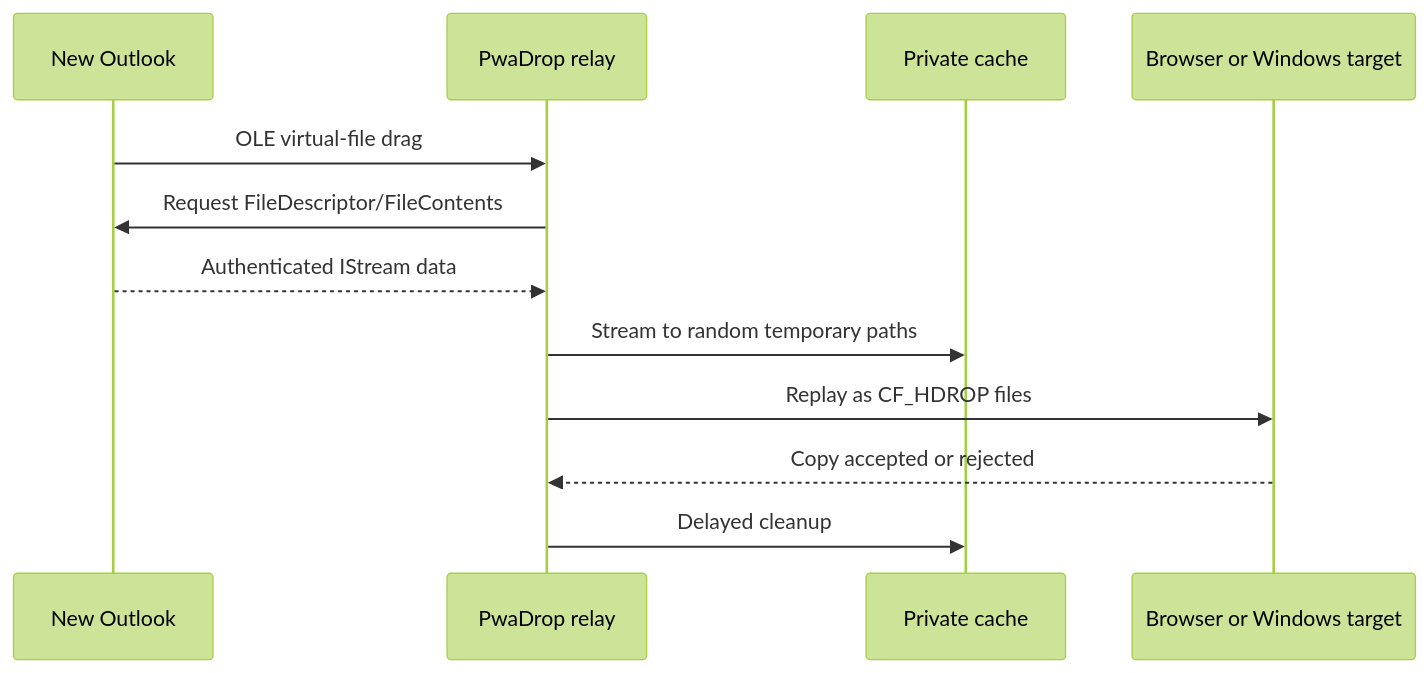
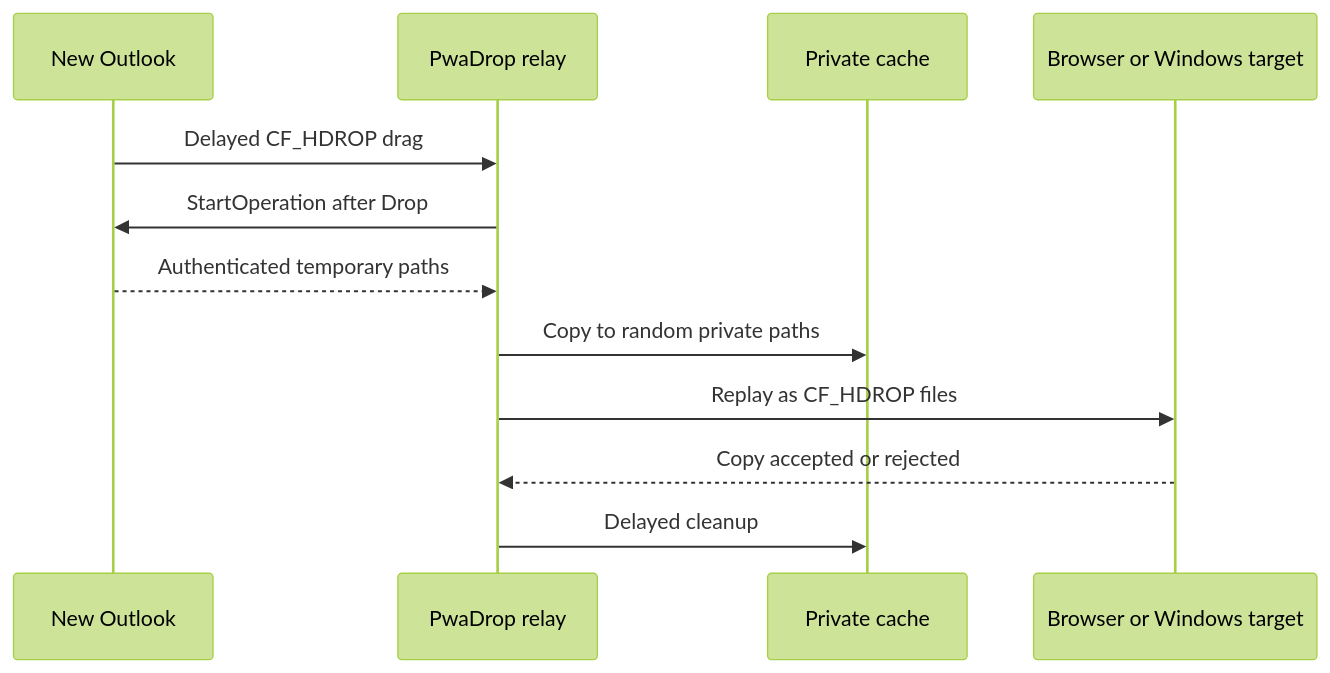
Before and after one commit to LowkeyNEXT/PwaDrop: the diagram in README.md, drawn with Mermaid (forest theme). The commit also changed other lines of this file and 13 other files, not shown here.

````diff
--- a/README.md
+++ b/README.md
@@ -26,15 +26,15 @@
 ```mermaid
 sequenceDiagram
     participant O as New Outlook
     participant R as PwaDrop relay
     participant C as Private cache
     participant T as Browser or Windows target
 
-    O->>R: OLE virtual-file drag
-    R->>O: Request FileDescriptor/FileContents
-    O-->>R: Authenticated IStream data
-    R->>C: Stream to random temporary paths
+    O->>R: Delayed CF_HDROP drag
+    R->>O: StartOperation after Drop
+    O-->>R: Authenticated temporary paths
+    R->>C: Copy to random private paths
     R->>T: Replay as CF_HDROP files
     T-->>R: Copy accepted or rejected
     R->>C: Delayed cleanup
 ```
````
